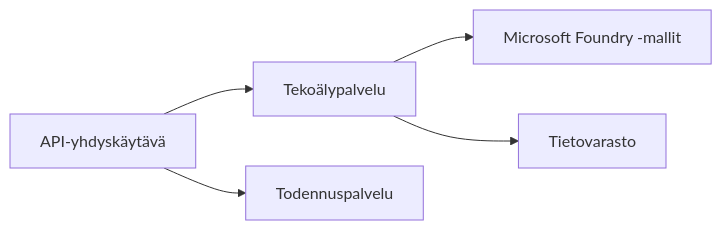
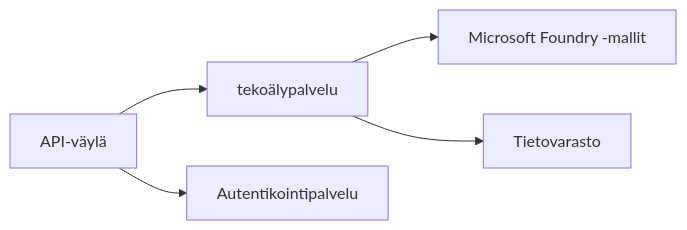
One commit to microsoft/AZD-for-beginners changed the first of 2 diagrams in translations/fi/docs/chapter-08-production/README.md. Above: the diagram before and after it, drawn with Mermaid. The commit also changed other lines of this file and 101 other files, not shown here.

````diff
--- a/translations/fi/docs/chapter-08-production/README.md
+++ b/translations/fi/docs/chapter-08-production/README.md
@@ -46,6 +48,6 @@
 ```mermaid
 graph LR
-    Gateway[API-yhdyskäytävä] --> AI[Tekoälypalvelu] --> Models[Microsoft Foundry -mallit]
-    Gateway --> Auth[Todennuspalvelu]
+    Gateway[API-väylä] --> AI[tekoälypalvelu] --> Models[Microsoft Foundry -mallit]
+    Gateway --> Auth[Autentikointipalvelu]
     AI --> Data[Tietovarasto]
 ```
````
